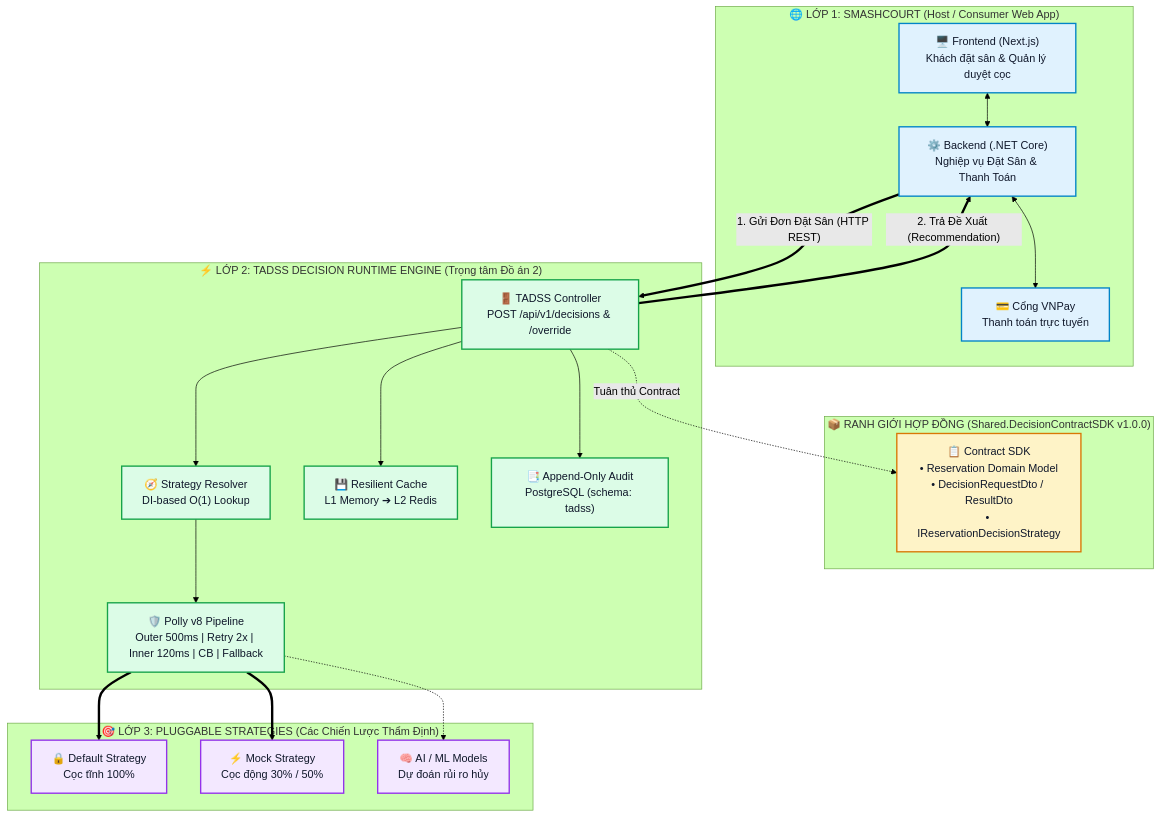
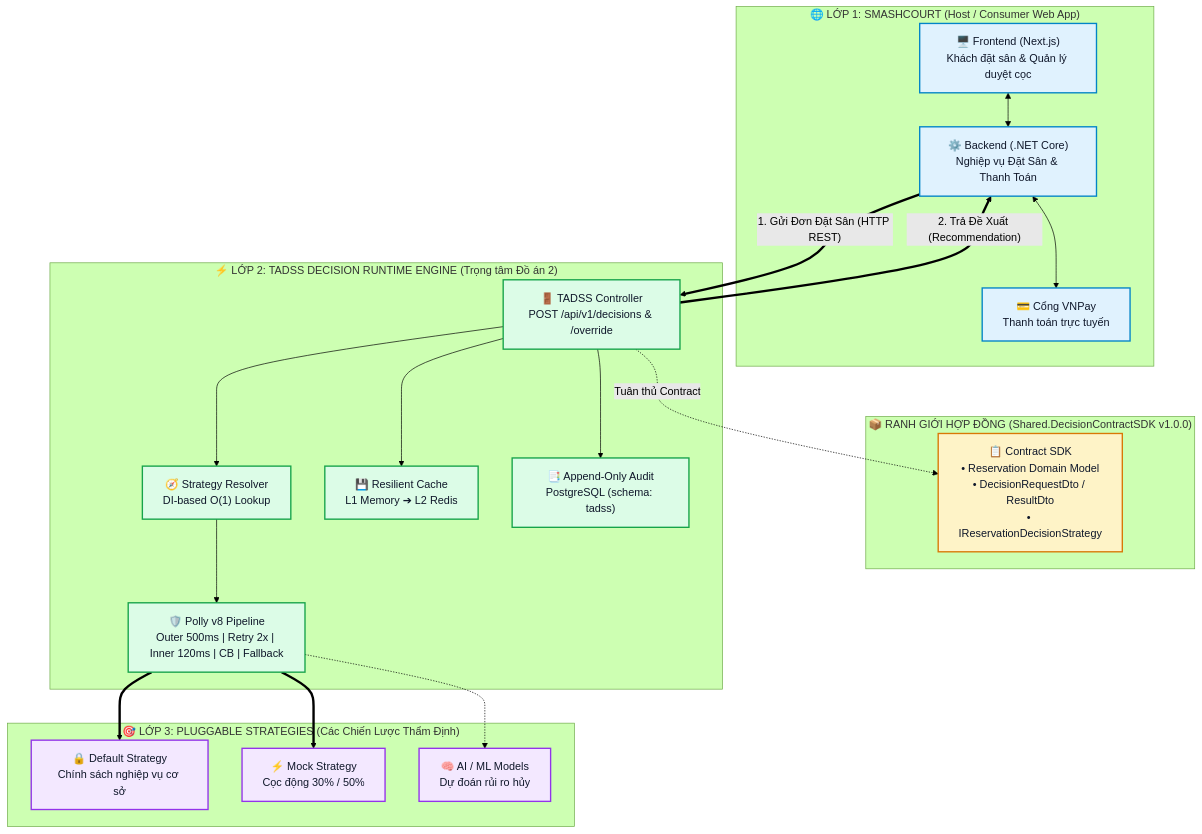
One commit to NguyenThanhTrung-N2T/TrustworthyAdaptiveDecisionSupportSystem-TADSS changed the first of 7 diagrams in docs/PROJECT_BLUEPRINT_AND_SYSTEM_OVERVIEW.md. Above: the diagram before and after it, drawn with Mermaid (forest theme). The commit also changed other lines of this file and 14 other files, not shown here.

````diff
--- a/docs/PROJECT_BLUEPRINT_AND_SYSTEM_OVERVIEW.md
+++ b/docs/PROJECT_BLUEPRINT_AND_SYSTEM_OVERVIEW.md
@@ -54,50 +54,50 @@
 ```mermaid
 flowchart TD
     subgraph Layer1 ["🌐 LỚP 1: SMASHCOURT (Host / Consumer Web App)"]
         FE["🖥️ Frontend (Next.js)<br/>Khách đặt sân & Quản lý duyệt cọc"]
         BE["⚙️ Backend (.NET Core)<br/>Nghiệp vụ Đặt Sân & Thanh Toán"]
         VNPay["💳 Cổng VNPay<br/>Thanh toán trực tuyến"]
         FE <--> BE
         BE <--> VNPay
     end
 
     subgraph Boundary ["📦 RANH GIỚI HỢP ĐỒNG (Shared.DecisionContractSDK v1.0.0)"]
         SDK["📋 Contract SDK<br/>• Reservation Domain Model<br/>• DecisionRequestDto / ResultDto<br/>• IReservationDecisionStrategy"]
     end
 
     subgraph Layer2 ["⚡ LỚP 2: TADSS DECISION RUNTIME ENGINE (Trọng tâm Đồ án 2)"]
         API["🚪 TADSS Controller<br/>POST /api/v1/decisions & /override"]
         Resolver["🧭 Strategy Resolver<br/>DI-based O(1) Lookup"]
         Polly["🛡️ Polly v8 Pipeline<br/>Outer 500ms | Retry 2x | Inner 120ms | CB | Fallback"]
         Cache["💾 Resilient Cache<br/>L1 Memory ➔ L2 Redis"]
         Audit["📑 Append-Only Audit<br/>PostgreSQL (schema: tadss)"]
         
         API --> Resolver
         Resolver --> Polly
         API --> Cache
         API --> Audit
     end
 
     subgraph Layer3 ["🎯 LỚP 3: PLUGGABLE STRATEGIES (Các Chiến Lược Thẩm Định)"]
-        S1["🔒 Default Strategy<br/>Cọc tĩnh 100%"]
+        S1["🔒 Default Strategy<br/>Chính sách nghiệp vụ cơ sở"]
         S2["⚡ Mock Strategy<br/>Cọc động 30% / 50%"]
         S3["🧠 AI / ML Models<br/>Dự đoán rủi ro hủy"]
     end
 
     BE == "1. Gửi Đơn Đặt Sân (HTTP REST)" ==> API
     API -. "Tuân thủ Contract" .-> SDK
     Polly ==> S1
     Polly ==> S2
     Polly -.-> S3
     API == "2. Trả Đề Xuất (Recommendation)" ==> BE
 
     classDef hostStyle fill:#e0f2fe,stroke:#0284c7,stroke-width:2px,color:#0f172a;
     classDef boundaryStyle fill:#fef3c7,stroke:#d97706,stroke-width:2px,color:#0f172a;
     classDef engineStyle fill:#dcfce7,stroke:#16a34a,stroke-width:2px,color:#0f172a;
     classDef stratStyle fill:#f3e8ff,stroke:#9333ea,stroke-width:2px,color:#0f172a;
 
     class FE,BE,VNPay hostStyle;
     class SDK boundaryStyle;
     class API,Resolver,Polly,Cache,Audit engineStyle;
     class S1,S2,S3 stratStyle;
 ```
````
